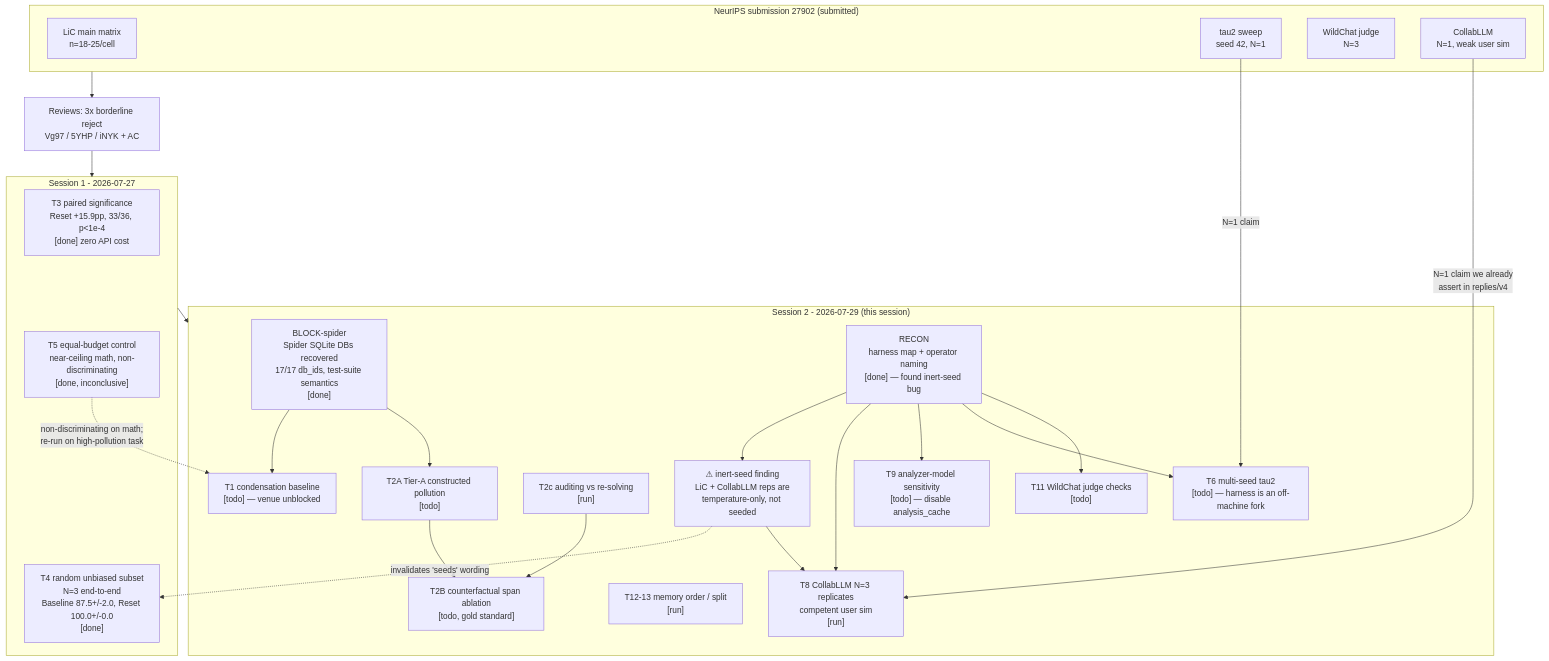
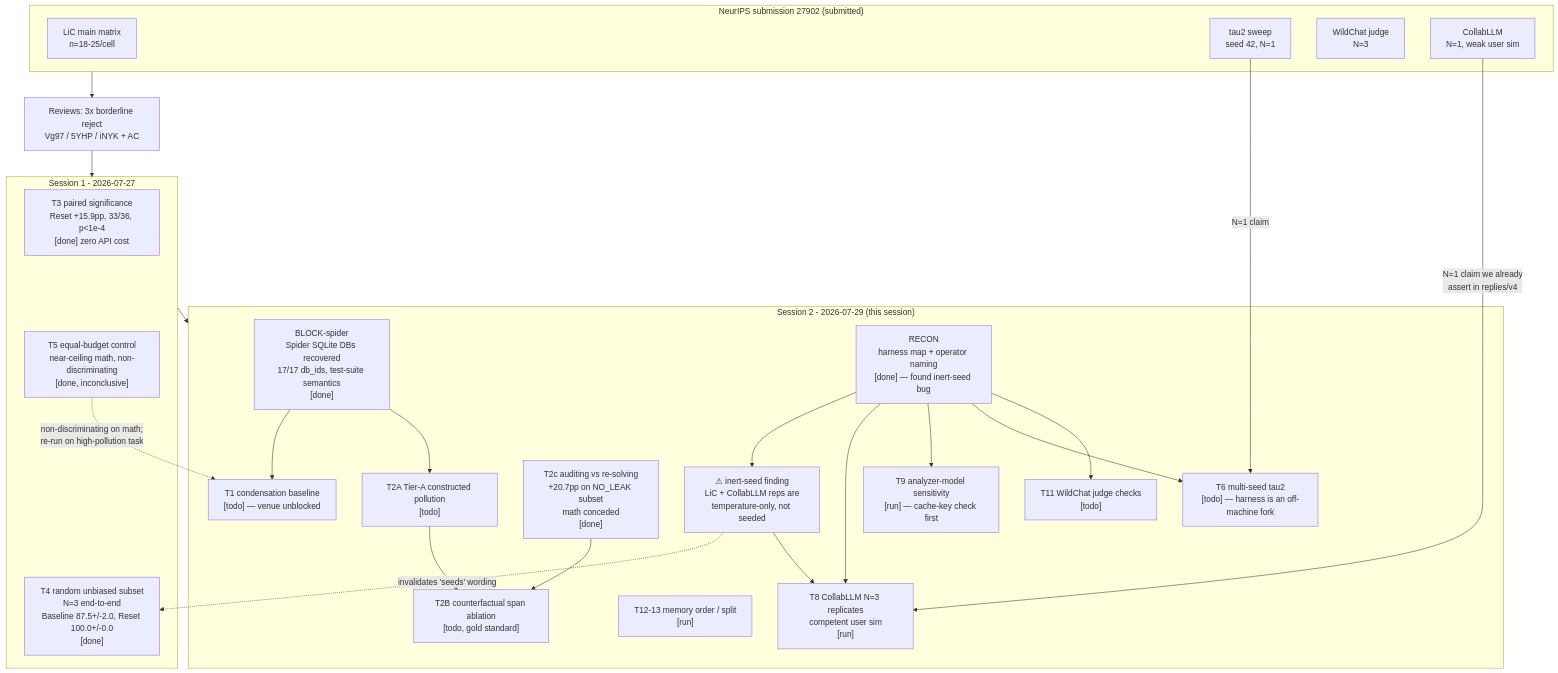
The diagram in neurips_review/autoresearch/PROVENANCE.md (matt-seb-ho/ctx_editor), drawn with Mermaid before and after one commit. The commit also changed other lines of this file and 36 other files, not shown here.

Commit message:
feat(rebuttal): T2c results — auditing survives on code/db, math conceded; dispatch T9

````diff
--- a/neurips_review/autoresearch/PROVENANCE.md
+++ b/neurips_review/autoresearch/PROVENANCE.md
@@ -11,51 +11,51 @@
 ```mermaid
 graph TD
   subgraph PAPER["NeurIPS submission 27902 (submitted)"]
     P0["LiC main matrix<br/>n=18-25/cell"]
     P1["tau2 sweep<br/>seed 42, N=1"]
     P2["WildChat judge<br/>N=3"]
     P3["CollabLLM<br/>N=1, weak user sim"]
   end
 
   R["Reviews: 3x borderline reject<br/>Vg97 / 5YHP / iNYK + AC"]
   PAPER --> R
 
   subgraph S1["Session 1 - 2026-07-27"]
     T3["T3 paired significance<br/>Reset +15.9pp, 33/36, p&lt;1e-4<br/>[done] zero API cost"]
     T4["T4 random unbiased subset<br/>N=3 end-to-end<br/>Baseline 87.5+/-2.0, Reset 100.0+/-0.0<br/>[done]"]
     T5["T5 equal-budget control<br/>near-ceiling math, non-discriminating<br/>[done, inconclusive]"]
   end
   R --> S1
 
   subgraph S2["Session 2 - 2026-07-29 (this session)"]
     BLK["BLOCK-spider<br/>Spider SQLite DBs recovered<br/>17/17 db_ids, test-suite semantics<br/>[done]"]
     RC["RECON<br/>harness map + operator naming<br/>[done] — found inert-seed bug"]
     T8["T8 CollabLLM N=3 replicates<br/>competent user sim<br/>[run]"]
-    T9["T9 analyzer-model sensitivity<br/>[todo] — disable analysis_cache"]
+    T9["T9 analyzer-model sensitivity<br/>[run] — cache-key check first"]
     T2A["T2A Tier-A constructed pollution<br/>[todo]"]
-    T2C["T2c auditing vs re-solving<br/>[run]"]
+    T2C["T2c auditing vs re-solving<br/>+20.7pp on NO_LEAK subset<br/>math conceded<br/>[done]"]
     T1["T1 condensation baseline<br/>[todo] — venue unblocked"]
     T11["T11 WildChat judge checks<br/>[todo]"]
     T12["T12-13 memory order / split<br/>[run]"]
     T6["T6 multi-seed tau2<br/>[todo] — harness is an off-machine fork"]
     T2B["T2B counterfactual span ablation<br/>[todo, gold standard]"]
     SEED["⚠ inert-seed finding<br/>LiC + CollabLLM reps are<br/>temperature-only, not seeded"]
   end
   S1 --> S2
 
   RC --> SEED
   SEED -.->|"invalidates 'seeds' wording"| T4
   SEED --> T8
   RC --> T8
   RC --> T9
   RC --> T6
   RC --> T11
   BLK --> T1
   BLK --> T2A
   T5 -.->|"non-discriminating on math;<br/>re-run on high-pollution task"| T1
   T2A --> T2B
   T2C --> T2B
 
   P3 -->|"N=1 claim we already<br/>assert in replies/v4"| T8
   P1 -->|"N=1 claim"| T6
 ```
````
